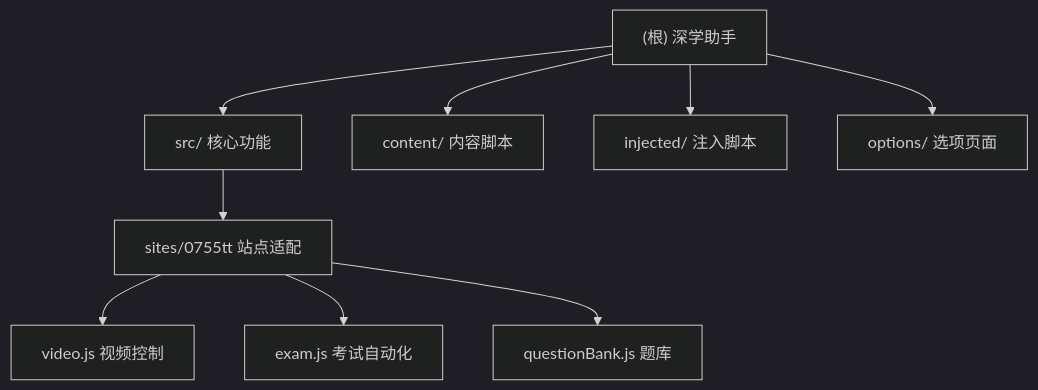
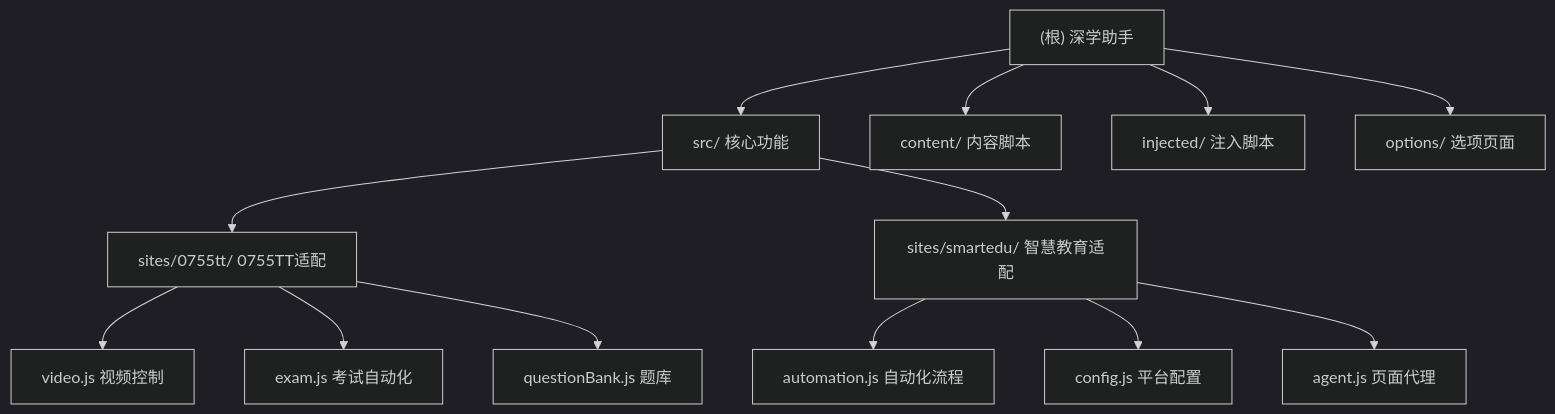
One commit to EBOLABOY/LearnFlow changed the diagram in CLAUDE.md. Above: the diagram before and after it, drawn with Mermaid (dark theme). The commit also changed other lines of this file and 16 other files, not shown here.

````diff
--- a/CLAUDE.md
+++ b/CLAUDE.md
@@ -34,17 +47,23 @@
 ```mermaid
 graph TD
     A["(根) 深学助手"] --> B["src/ 核心功能"];
     A --> C["content/ 内容脚本"];
     A --> D["injected/ 注入脚本"];
     A --> E["options/ 选项页面"];
     
-    B --> F["sites/0755tt 站点适配"];
-    F --> G["video.js 视频控制"];
-    F --> H["exam.js 考试自动化"];
-    F --> I["questionBank.js 题库"];
+    B --> F["sites/0755tt/ 0755TT适配"];
+    B --> G["sites/smartedu/ 智慧教育适配"];
+    F --> H["video.js 视频控制"];
+    F --> I["exam.js 考试自动化"];
+    F --> J["questionBank.js 题库"];
+    
+    G --> K["automation.js 自动化流程"];
+    G --> L["config.js 平台配置"];
+    G --> M["agent.js 页面代理"];
     
     click F "./src/sites/0755tt/CLAUDE.md" "查看0755TT模块文档"
+    click G "./src/sites/smartedu/CLAUDE.md" "查看智慧教育模块文档"
     click C "./content/CLAUDE.md" "查看内容脚本文档"
     click D "./injected/CLAUDE.md" "查看注入脚本文档"
     click E "./options/CLAUDE.md" "查看选项页面文档"
 ```
````
